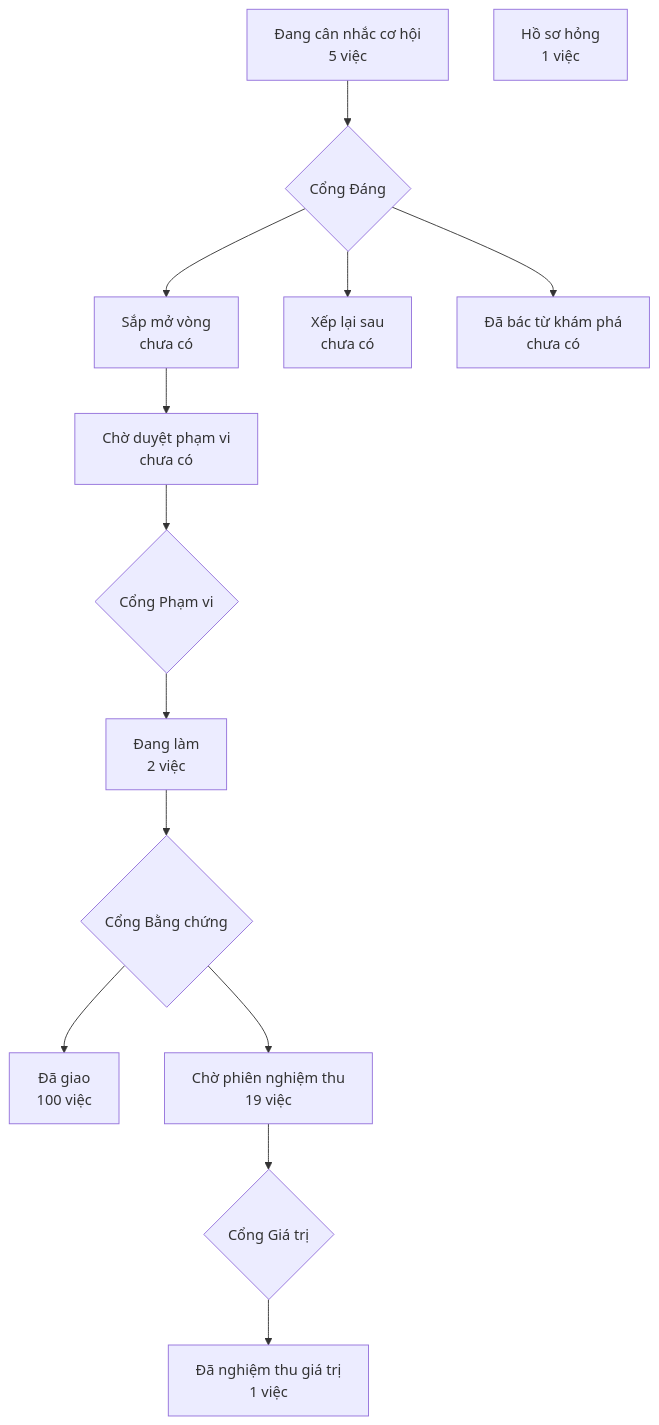
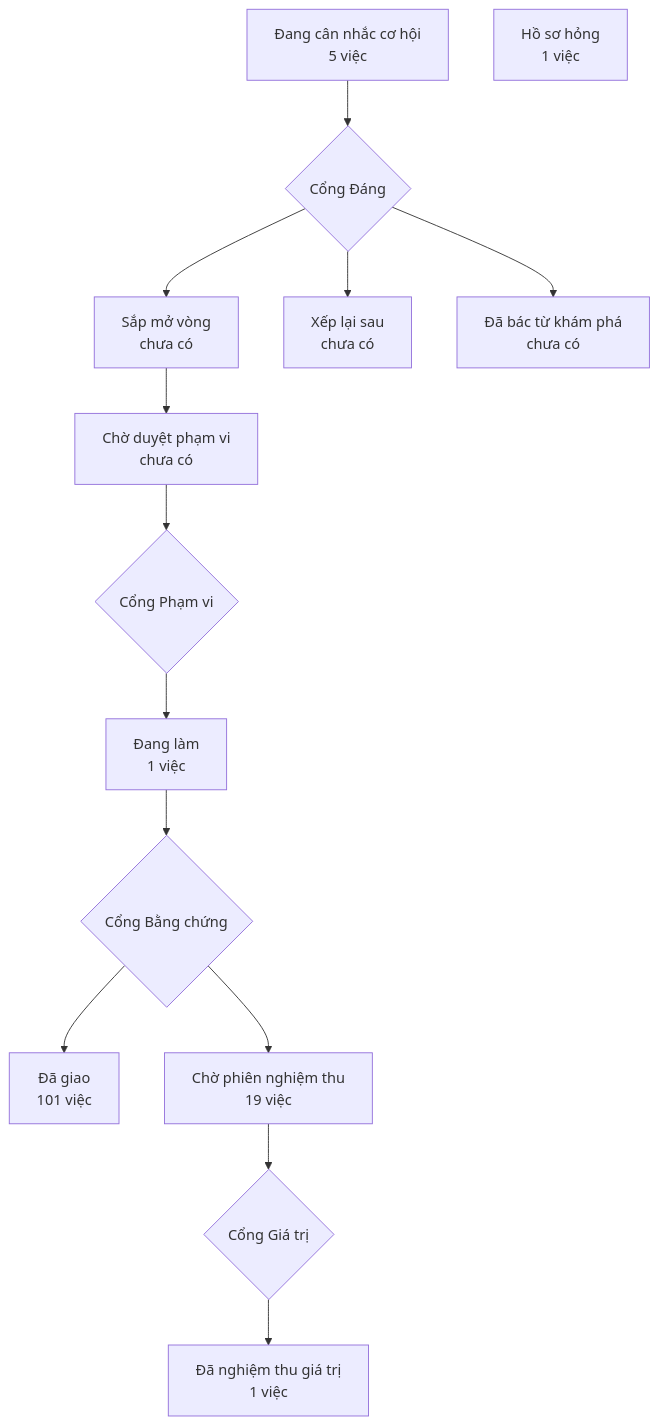
One commit to phanlemanh/crm-onehub changed the diagram in PRODUCT-MAP.md. Above: the diagram before and after it, drawn with Mermaid. The commit also changed 3 other files, not shown here.

````diff
--- a/PRODUCT-MAP.md
+++ b/PRODUCT-MAP.md
@@ -6,13 +6,13 @@
 ```mermaid
 flowchart TD
   A["Đang cân nhắc cơ hội<br/>5 việc"] --> GD{"Cổng Đáng"}
   GD --> B["Sắp mở vòng<br/>chưa có"]
   GD --> XL["Xếp lại sau<br/>chưa có"]
   GD --> DB["Đã bác từ khám phá<br/>chưa có"]
   B --> CD["Chờ duyệt phạm vi<br/>chưa có"] --> GP{"Cổng Phạm vi"}
-  GP --> DL["Đang làm<br/>2 việc"] --> GB{"Cổng Bằng chứng"}
-  GB --> DG["Đã giao<br/>100 việc"]
+  GP --> DL["Đang làm<br/>1 việc"] --> GB{"Cổng Bằng chứng"}
+  GB --> DG["Đã giao<br/>101 việc"]
   GB --> CN["Chờ phiên nghiệm thu<br/>19 việc"] --> GG{"Cổng Giá trị"}
   GG --> NT["Đã nghiệm thu giá trị<br/>1 việc"]
   HS["Hồ sơ hỏng<br/>1 việc"]
 ```
````
